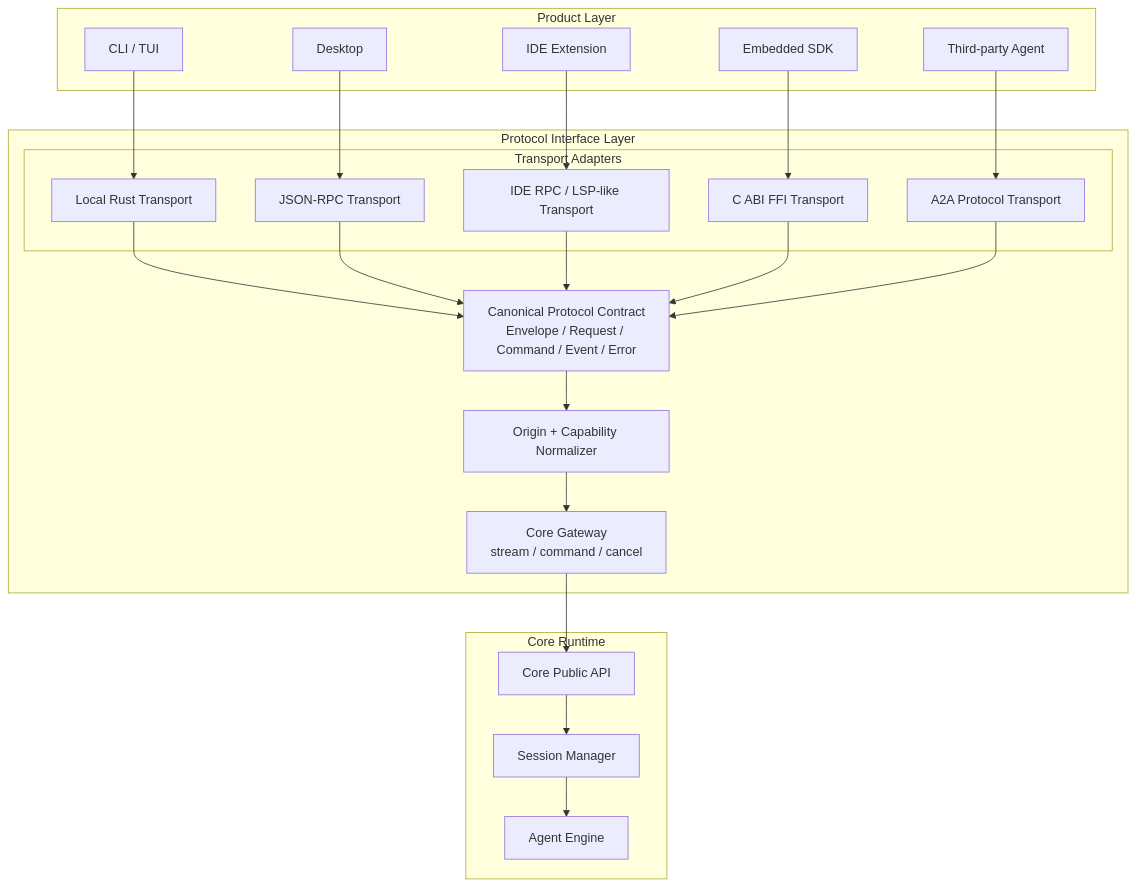
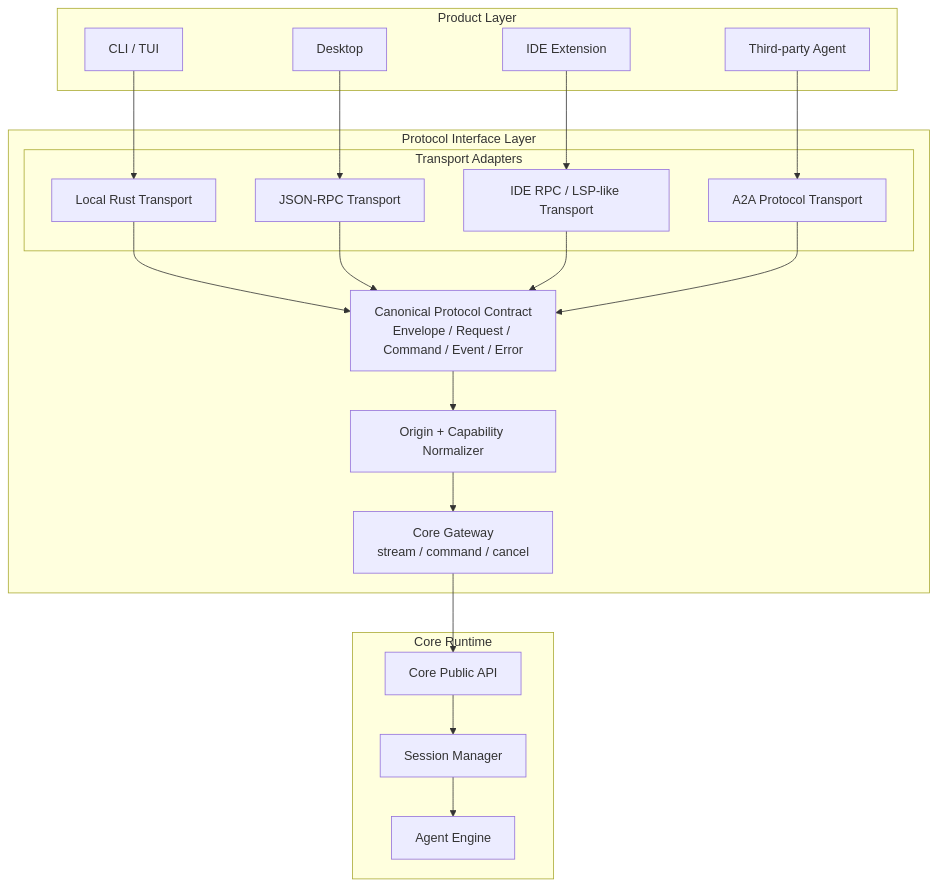
One commit to AliusTech/alius changed the first of 5 diagrams in .alius/memory/design/10-protocol-interface-layer-design.md. Above: the diagram before and after it, drawn with Mermaid. The commit also changed other lines of this file and 44 other files, not shown here.

````diff
--- a/.alius/memory/design/10-protocol-interface-layer-design.md
+++ b/.alius/memory/design/10-protocol-interface-layer-design.md
@@ -28,48 +28,44 @@
 ```mermaid
 flowchart TB
   subgraph Product["Product Layer"]
     CLI["CLI / TUI"]
     DESKTOP["Desktop"]
     IDE["IDE Extension"]
-    EMB["Embedded SDK"]
     THIRD["Third-party Agent"]
   end
 
   subgraph Protocol["Protocol Interface Layer"]
     subgraph Transport["Transport Adapters"]
       LOCAL["Local Rust Transport"]
       JSONRPC["JSON-RPC Transport"]
       LSP["IDE RPC / LSP-like Transport"]
-      FFI["C ABI FFI Transport"]
       A2A["A2A Protocol Transport"]
     end
 
     CONTRACT["Canonical Protocol Contract\nEnvelope / Request / Command / Event / Error"]
     NORMALIZER["Origin + Capability Normalizer"]
     ROUTER["Core Gateway\nstream / command / cancel"]
   end
 
   subgraph Core["Core Runtime"]
     API["Core Public API"]
     SESSION["Session Manager"]
     ENGINE["Agent Engine"]
   end
 
   CLI --> LOCAL
   DESKTOP --> JSONRPC
   IDE --> LSP
-  EMB --> FFI
   THIRD --> A2A
 
   LOCAL --> CONTRACT
   JSONRPC --> CONTRACT
   LSP --> CONTRACT
-  FFI --> CONTRACT
   A2A --> CONTRACT
 
   CONTRACT --> NORMALIZER
   NORMALIZER --> ROUTER
   ROUTER --> API
   API --> SESSION
   SESSION --> ENGINE
 ```
````
